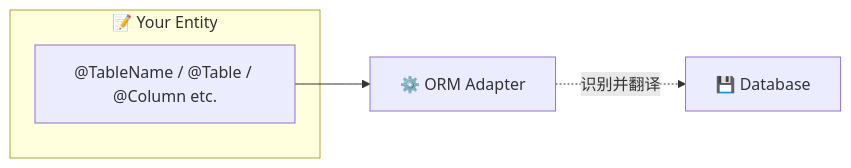
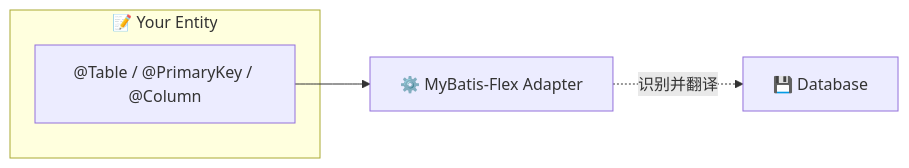
One commit to dromara/auto-table changed the diagram in auto-table-doc/docs/ORM 适配/index.md. Above: the diagram before and after it, drawn with Mermaid. The commit also changed other lines of this file and 2 other files, not shown here.

Commit message:
docs: 使用硬链接方式共享 ORM 适配和框架集成的 MyBatis-Plus/Flex 文档

````diff
--- a/auto-table-doc/docs/ORM 适配/index.md
+++ b/auto-table-doc/docs/ORM 适配/index.md
@@ -50,13 +78,13 @@
 ```mermaid
 flowchart LR
     subgraph entity["📝 Your Entity"]
-        E["@TableName / @Table / @Column etc."]
+        E["@Table / @PrimaryKey / @Column"]
     end
     
-    adapter[⚙️ ORM Adapter]
+    adapter[⚙️ MyBatis-Flex Adapter]
     
     db["💾 Database"]
     
     E --> adapter
     adapter -.识别并翻译.-> db
 ```
````
